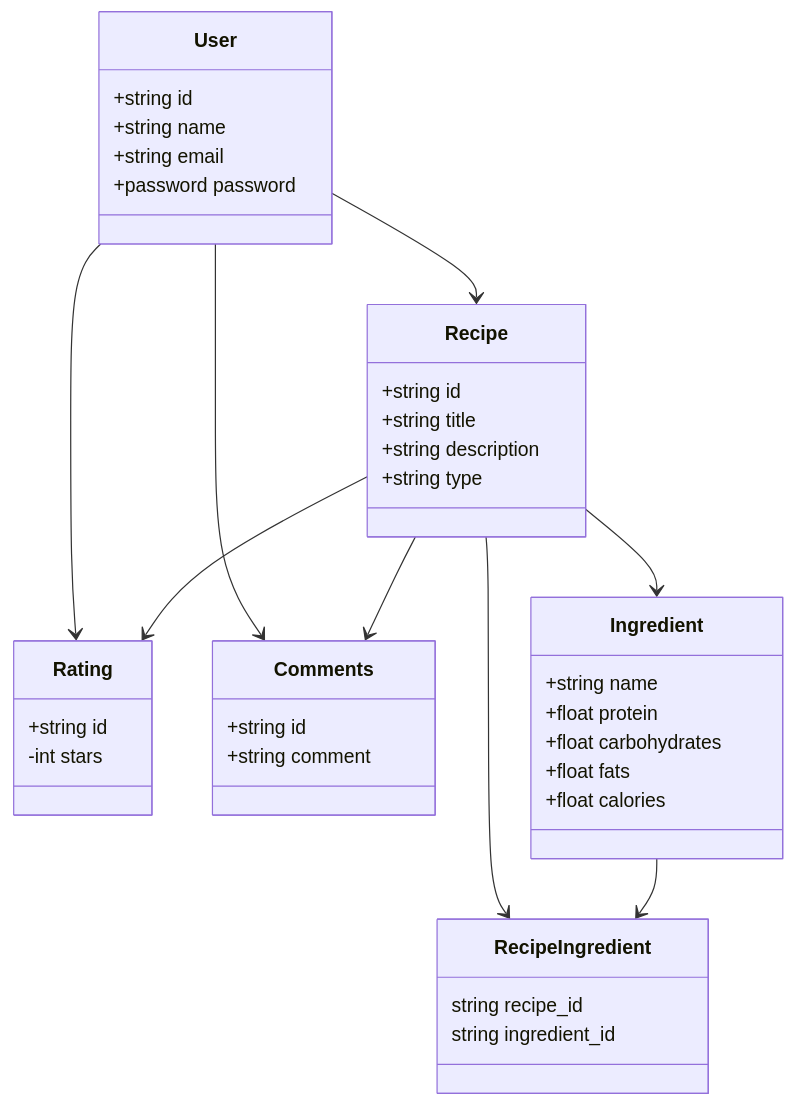
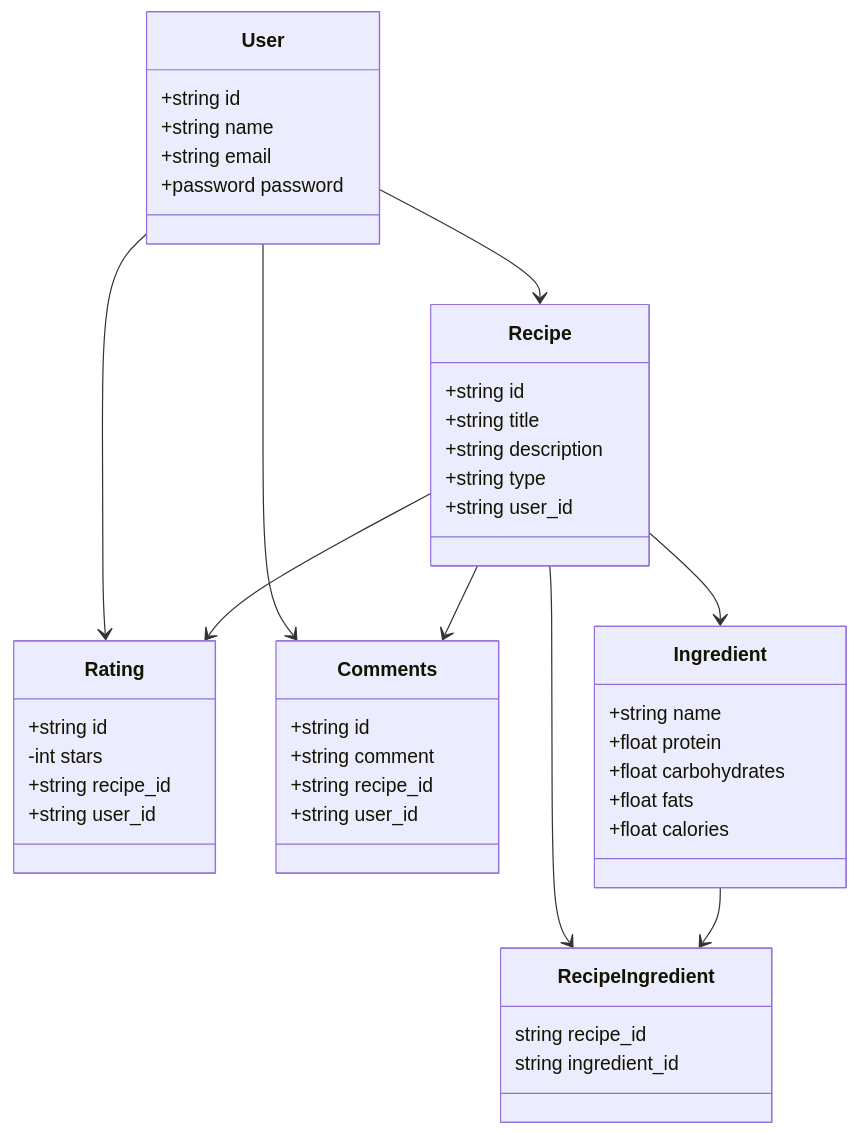
Before and after one commit to gualbertocuiza/dieting: the second of 2 diagrams in README.md, drawn with Mermaid.

Commit message:
updated foreign keys class diagram

````diff
--- a/README.md
+++ b/README.md
@@ -39,40 +39,45 @@
 ```mermaid
 classDiagram
     User --> Recipe
     User --> Rating
     User --> Comments
     Recipe --> Rating
     Recipe --> Comments
     Recipe --> Ingredient
     Recipe --> RecipeIngredient
     Ingredient --> RecipeIngredient
     User : +string id
     User : +string name
     User : +string email
     User : +password password
     class Recipe{
       +string id
       +string title
       +string description
       +string type
+      +string user_id
     }
     class Rating{
       +string id
       -int stars
+      +string recipe_id
+      +string user_id
     }
     class Comments{
       +string id
       +string comment
+      +string recipe_id
+      +string user_id
     }
     class Ingredient{
         +string name
         +float protein
         +float carbohydrates
         +float fats
         +float calories
     }
     class RecipeIngredient{
         string recipe_id
         string ingredient_id
     }
 ```
````
